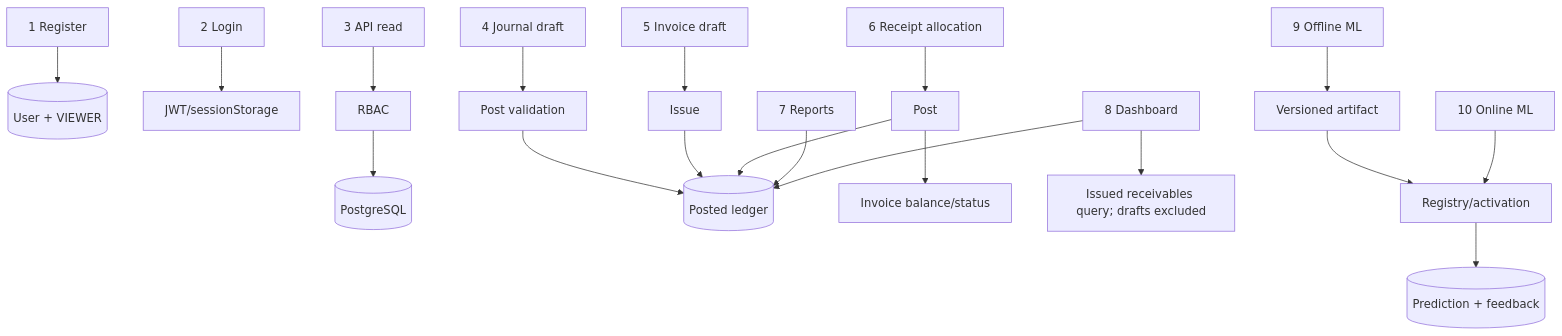
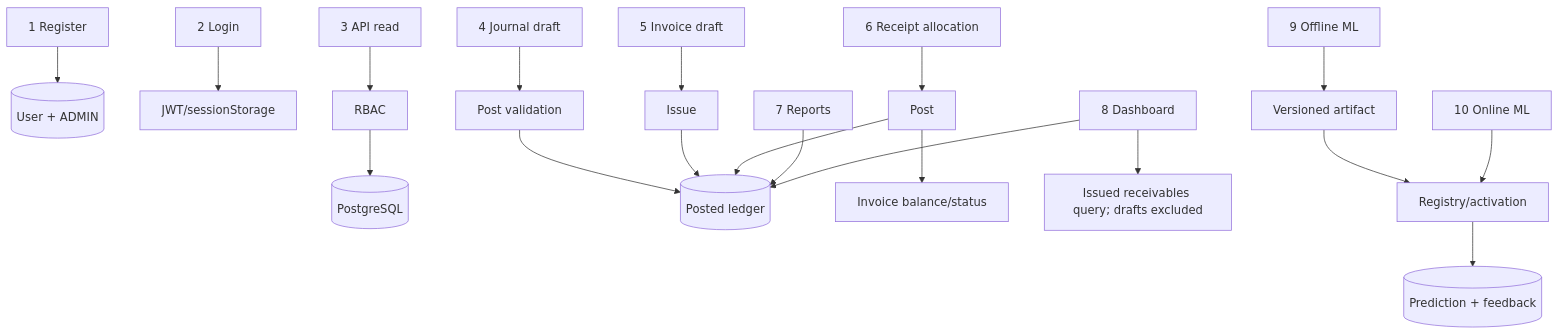
One commit to koushan123/azari-web-app changed diagram 11 of 15 in HOW_THE_PROJECT_WORKS.md. Above: the diagram before and after it, drawn with Mermaid. The commit also changed other lines of this file and 8 other files, not shown here.

````diff
--- a/HOW_THE_PROJECT_WORKS.md
+++ b/HOW_THE_PROJECT_WORKS.md
@@ -775,15 +775,15 @@
 ```mermaid
 flowchart TB
-    F1[1 Register] --> U[(User + VIEWER)]
+    F1[1 Register] --> U[(User + ADMIN)]
     F2[2 Login] --> JWT[JWT/sessionStorage]
     F3[3 API read] --> RBAC[RBAC] --> DB[(PostgreSQL)]
     F4[4 Journal draft] --> POST[Post validation] --> LEDGER[(Posted ledger)]
     F5[5 Invoice draft] --> ISSUE[Issue] --> LEDGER
     F6[6 Receipt allocation] --> PAY[Post] --> LEDGER
     PAY --> BAL[Invoice balance/status]
     F7[7 Reports] --> LEDGER
     F8[8 Dashboard] --> LEDGER
     F8 --> REC[Issued receivables query; drafts excluded]
     F9[9 Offline ML] --> ART[Versioned artifact] --> REG[Registry/activation]
     F10[10 Online ML] --> REG --> PRED[(Prediction + feedback)]
 ```
````
